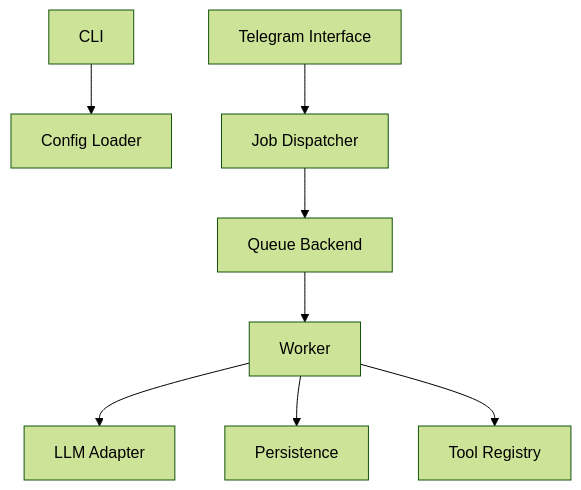
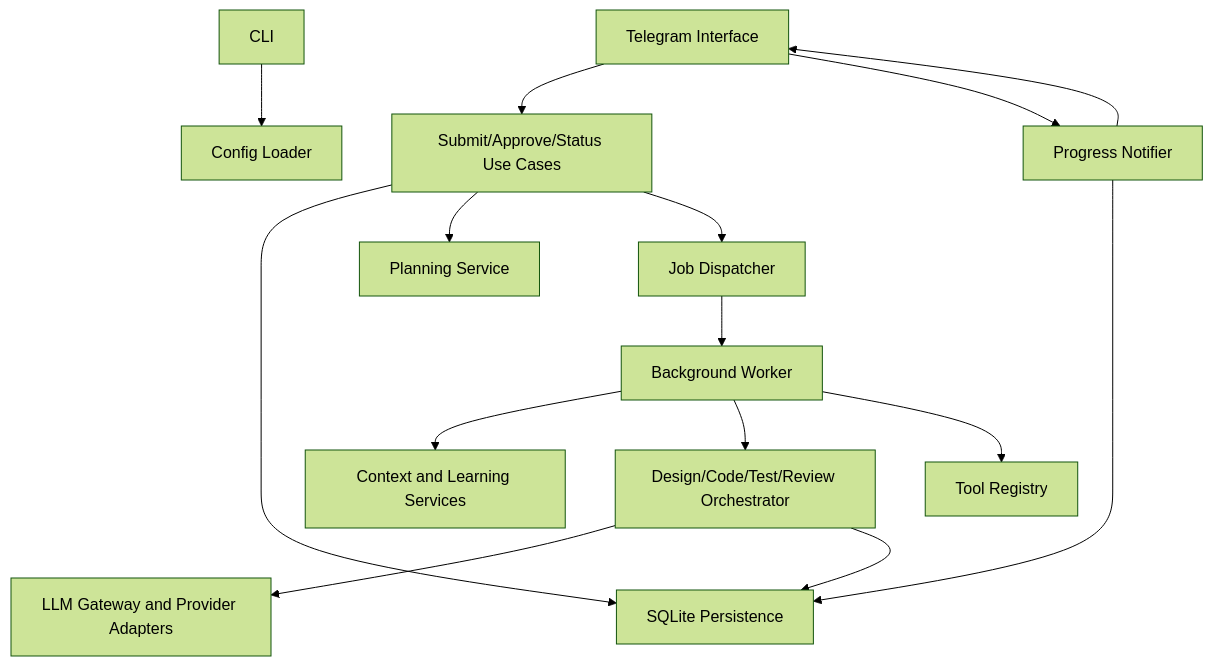
The diagram in docs/diagrams/container-view.mmd (djwinter29-oss/MergeMate), drawn with Mermaid (forest theme) before and after one commit. The commit also changed 58 other files, not shown here.

```diff
--- a/docs/diagrams/container-view.mmd
+++ b/docs/diagrams/container-view.mmd
@@ -1,8 +1,15 @@
 graph TD
     CLI[CLI] --> Config[Config Loader]
-    Telegram[Telegram Interface] --> Jobs[Job Dispatcher]
-    Jobs --> Queue[Queue Backend]
-    Queue --> Worker[Worker]
-    Worker --> LLM[LLM Adapter]
-    Worker --> Persistence[Persistence]
+    Telegram[Telegram Interface] --> UseCases[Submit/Approve/Status Use Cases]
+    UseCases --> Persistence[SQLite Persistence]
+    UseCases --> Planner[Planning Service]
+    UseCases --> Dispatcher[Job Dispatcher]
+    Dispatcher --> Worker[Background Worker]
+    Worker --> Context[Context and Learning Services]
+    Worker --> Workflow[Design/Code/Test/Review Orchestrator]
+    Workflow --> LLM[LLM Gateway and Provider Adapters]
+    Workflow --> Persistence
+    Telegram --> Progress[Progress Notifier]
+    Progress --> Persistence
+    Progress --> Telegram
     Worker --> Tools[Tool Registry]
```
